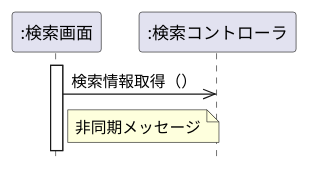
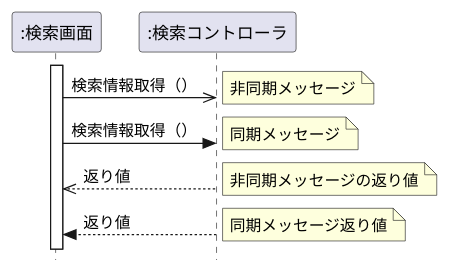
One commit to hosokawa3217/uml-exercises changed the diagram in 図4-4 非同期のメッセージ.pu. Above: the diagram before and after it, drawn with PlantUML. The commit also changed 20 other files, not shown here.

```diff
--- a/図4-4 非同期のメッセージ.pu
+++ b/図4-4 非同期のメッセージ.pu
@@ -1,13 +1,25 @@
-@startuml
+@startuml 図4-4
  hide footbox
+skinparam style strictuml /' 厳密なUMLに準拠する'/
 participant ":検索画面" as seach
 participant ":検索コントローラ" as control
 
 activate seach
 seach ->> control: 検索情報取得（）
+note right  : 非同期メッセージ
+
+seach -> control: 検索情報取得（）
+note right  : 同期メッセージ
+
+
+seach <<-- control: 返り値
+note right  : 非同期メッセージの返り値
+
+seach <-- control: 返り値
+note right  : 同期メッセージ返り値
+
 deactivate control
 
-note right of seach : 非同期メッセージ
 
 
 @enduml
```
